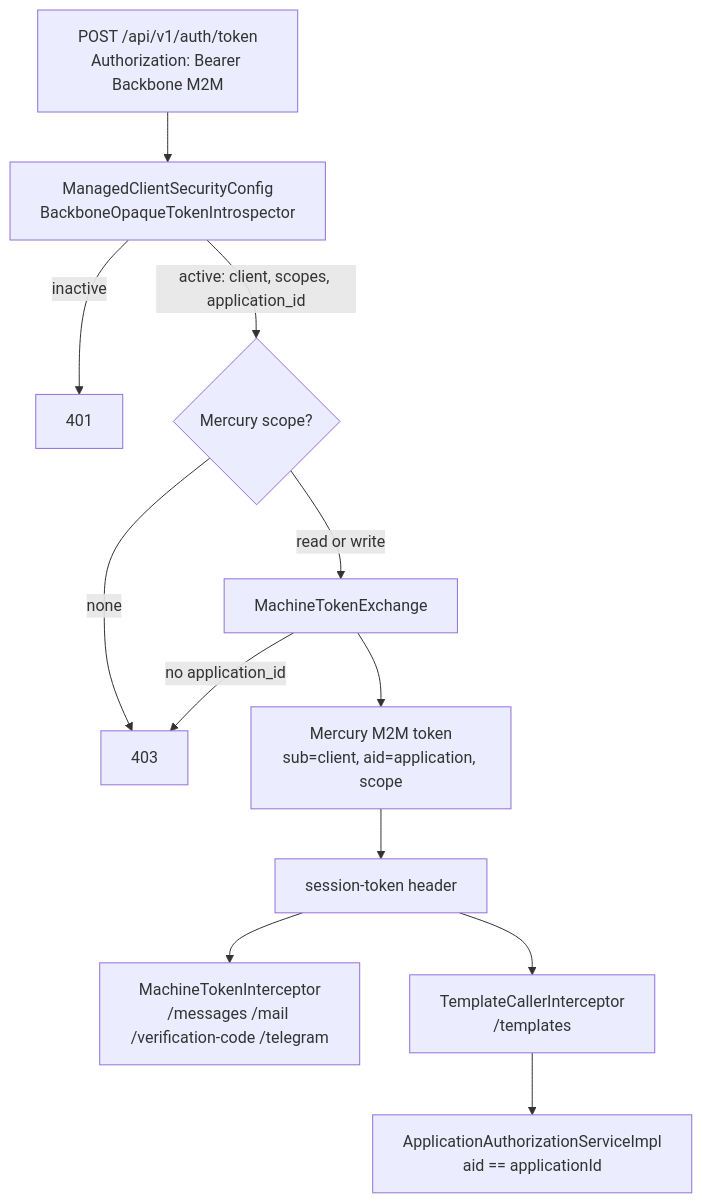
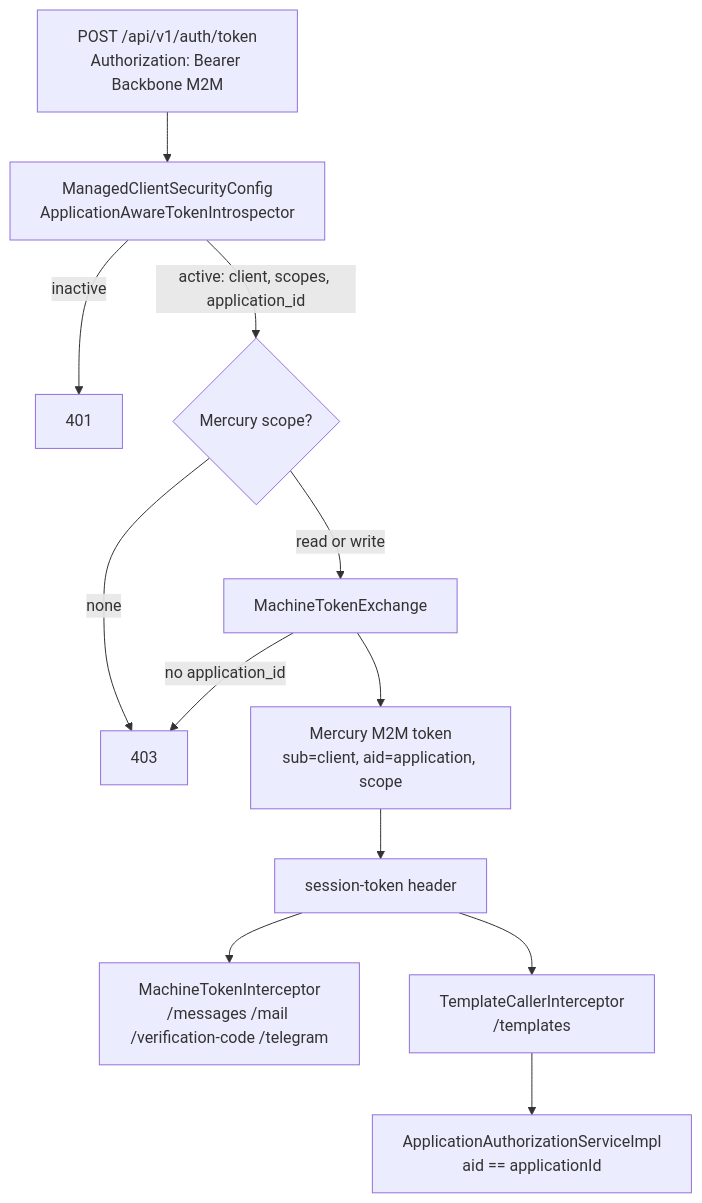
The diagram in docs/tec/en/16-m2m-token-from-backbone.md (um-dev-creative/mercury), drawn with Mermaid before and after one commit. The commit also changed other lines of this file and 12 other files, not shown here.

First line of the commit message:
fix(auth): read the client's application with Mercury's own introspector, no security-oauth release needed

````diff
--- a/docs/tec/en/16-m2m-token-from-backbone.md
+++ b/docs/tec/en/16-m2m-token-from-backbone.md
@@ -9,14 +9,14 @@
 ```mermaid
 flowchart TD
-    A[POST /api/v1/auth/token<br/>Authorization: Bearer Backbone M2M] --> C[ManagedClientSecurityConfig<br/>BackboneOpaqueTokenIntrospector]
+    A[POST /api/v1/auth/token<br/>Authorization: Bearer Backbone M2M] --> C[ManagedClientSecurityConfig<br/>ApplicationAwareTokenIntrospector]
     C -->|inactive| X[401]
     C -->|active: client, scopes, application_id| D{Mercury scope?}
     D -->|none| Y[403]
     D -->|read or write| E[MachineTokenExchange]
     E -->|no application_id| Y
     E --> F[Mercury M2M token<br/>sub=client, aid=application, scope]
     F --> G[session-token header]
     G --> H[MachineTokenInterceptor<br/>/messages /mail /verification-code /telegram]
     G --> I[TemplateCallerInterceptor<br/>/templates]
     I --> J[ApplicationAuthorizationServiceImpl<br/>aid == applicationId]
 ```
````
